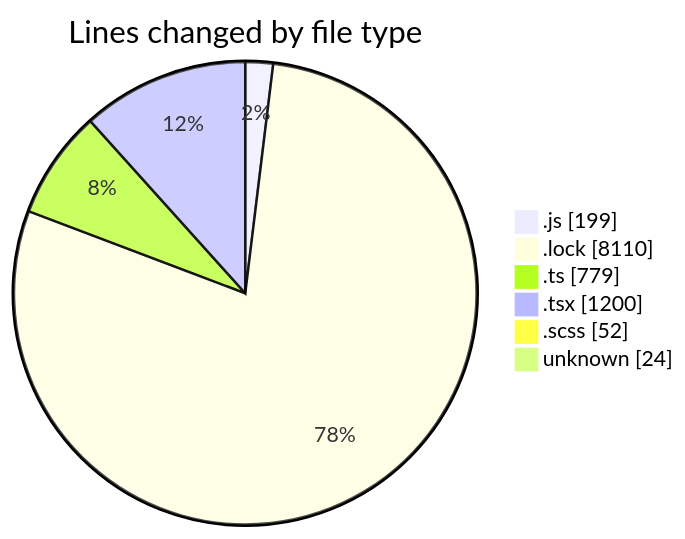
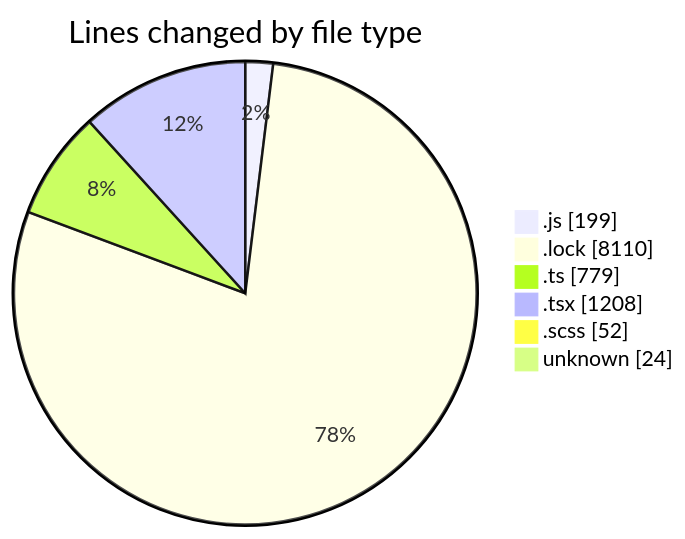
Before and after one commit to momahboobian/code-tracking: the first of 2 diagrams in 2025-02-07/cda/README.md, drawn with Mermaid. The commit also changed other lines of this file and 1 other file, not shown here.

Commit message:
type(cda): Increased lines added and removed in cda/README.md by 9534 and 1208 respectively. Active time increased from 384 minutes to 389 minutes. Modified files include activity.json, cda/README.md, RequestCard.test.tsx, RequestCard.tsx, RequestContent.tsx, and index.ts.

````diff
--- a/2025-02-07/cda/README.md
+++ b/2025-02-07/cda/README.md
@@ -57,10 +57,10 @@
 ```mermaid
 pie showData
 title Lines changed by file type
 ".js" : 199
 ".lock" : 8110
 ".ts" : 779
-".tsx" : 1200
+".tsx" : 1208
 ".scss" : 52
 "unknown" : 24
 ```
````
